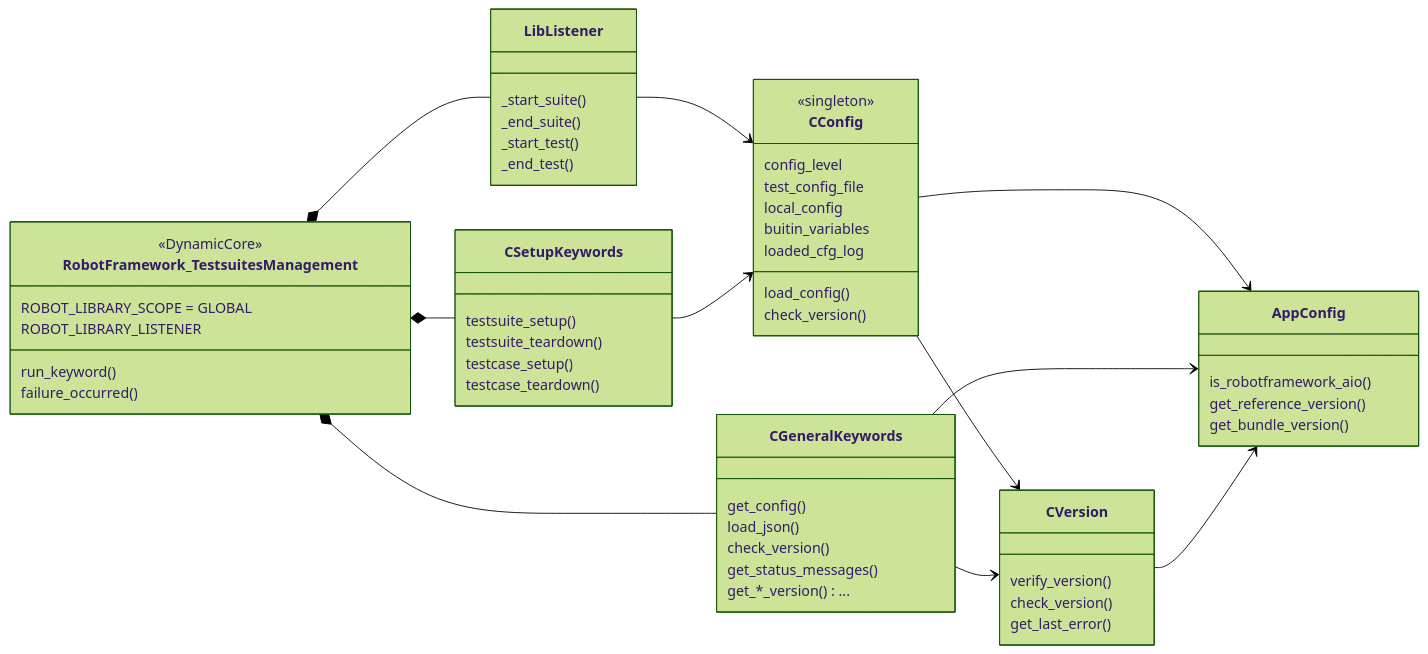
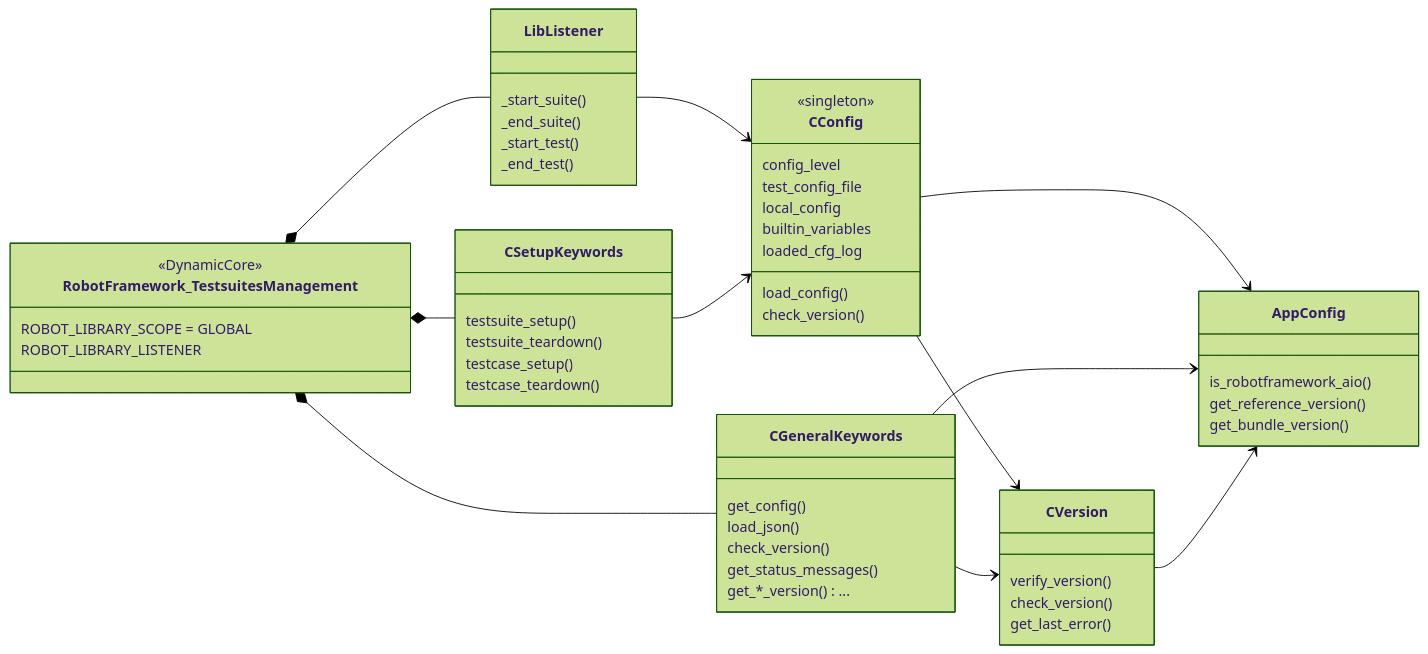
The first of 2 diagrams in doc/developers/modules.md (test-fullautomation/robotframework-testsuitesmanagement), drawn with Mermaid (forest theme) before and after one commit. The commit also changed other lines of this file and 13 other files, not shown here.

````diff
--- a/doc/developers/modules.md
+++ b/doc/developers/modules.md
@@ -5,60 +5,58 @@
 ```mermaid
 classDiagram
     direction LR
     class RobotFramework_TestsuitesManagement {
         <<DynamicCore>>
         ROBOT_LIBRARY_SCOPE = GLOBAL
         ROBOT_LIBRARY_LISTENER
-        run_keyword()
-        failure_occurred()
     }
     class LibListener {
         _start_suite()
         _end_suite()
         _start_test()
         _end_test()
     }
     class CSetupKeywords {
         testsuite_setup()
         testsuite_teardown()
         testcase_setup()
         testcase_teardown()
     }
     class CGeneralKeywords {
         get_config()
         load_json()
         check_version()
         get_status_messages()
         get_*_version() ...
     }
     class CConfig {
         <<singleton>>
         config_level
         test_config_file
         local_config
-        buitin_variables
+        builtin_variables
         loaded_cfg_log
         load_config()
         check_version()
     }
     class CVersion {
         verify_version()
         check_version()
         get_last_error()
     }
     class AppConfig {
         is_robotframework_aio()
         get_reference_version()
         get_bundle_version()
     }
     RobotFramework_TestsuitesManagement *-- LibListener
     RobotFramework_TestsuitesManagement *-- CSetupKeywords
     RobotFramework_TestsuitesManagement *-- CGeneralKeywords
     LibListener --> CConfig
     CSetupKeywords --> CConfig
     CConfig --> CVersion
     CConfig --> AppConfig
     CGeneralKeywords --> CVersion
     CGeneralKeywords --> AppConfig
     CVersion --> AppConfig
 ```
````
